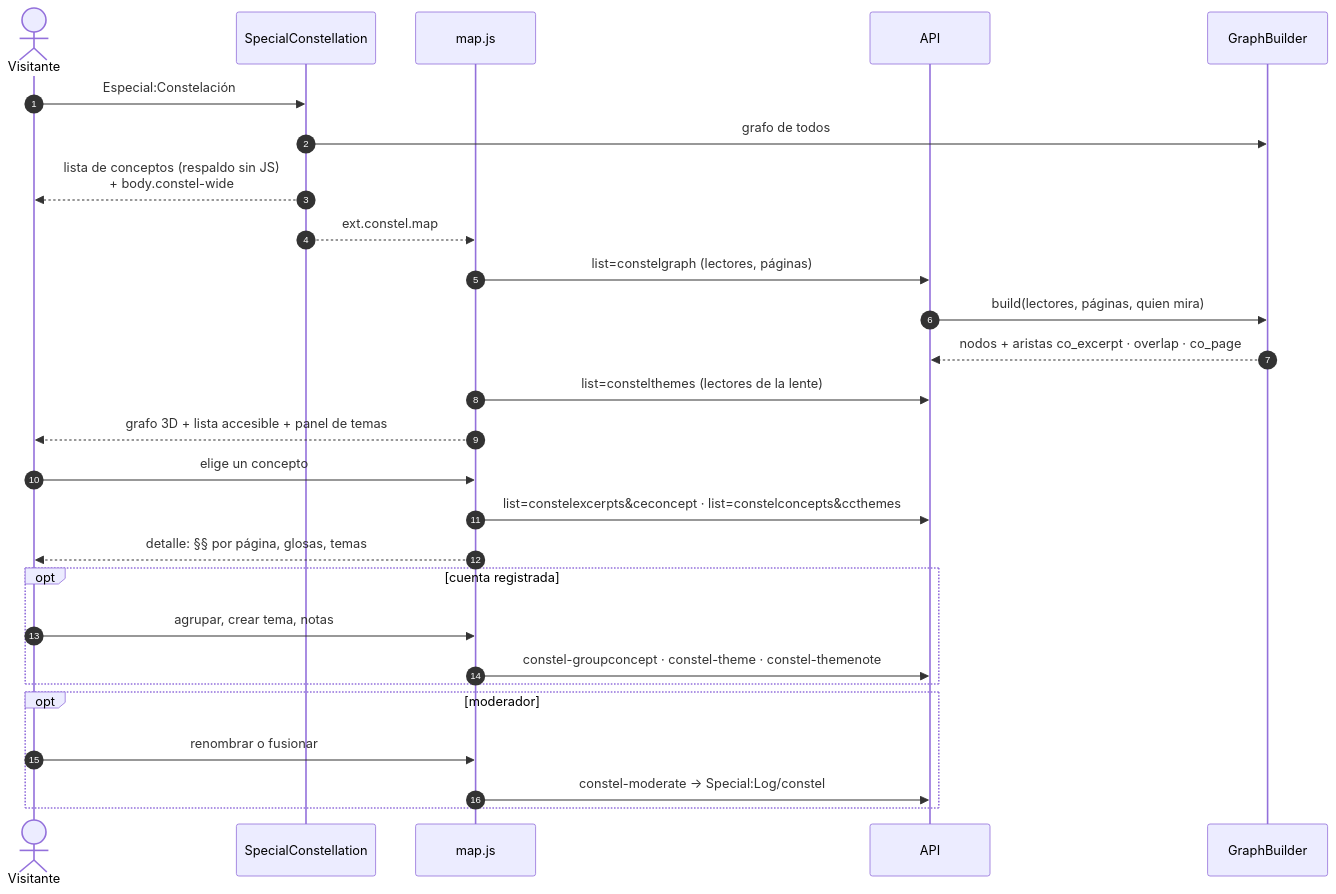
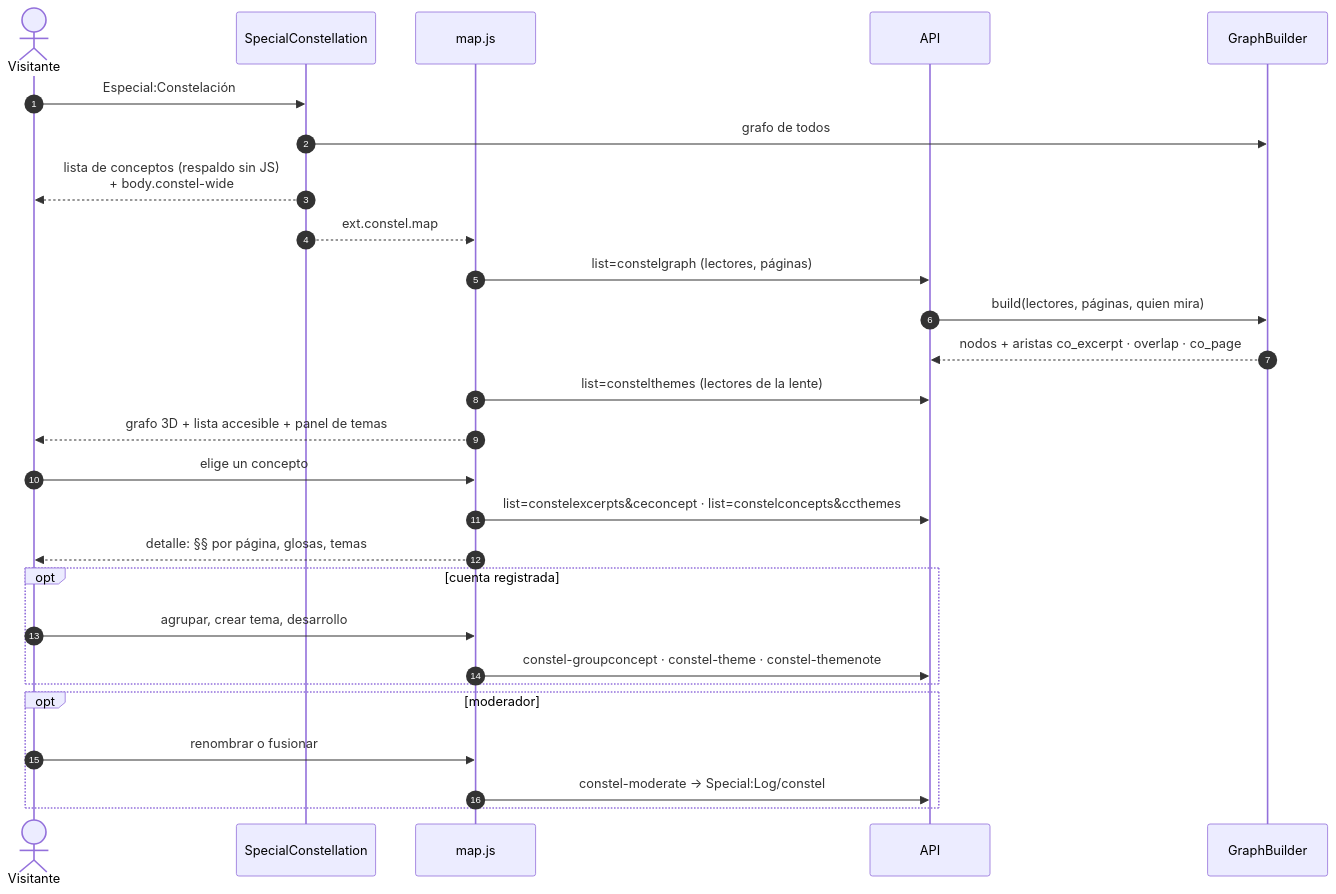
One commit to eadpucv/casiopea-constel changed the ninth of 9 diagrams in docs/ARCHITECTURE.md. Above: the diagram before and after it, drawn with Mermaid. The commit also changed other lines of this file and 39 other files, not shown here.

First line of the commit message:
v0.4.0 — secciones con nombre real, un desarrollo por tema, panel más sobrio

````diff
--- a/docs/ARCHITECTURE.md
+++ b/docs/ARCHITECTURE.md
@@ -458,30 +458,30 @@
 ```mermaid
 sequenceDiagram
     autonumber
     actor V as Visitante
     participant SP as SpecialConstellation
     participant M as map.js
     participant API as API
     participant G as GraphBuilder
 
     V->>SP: Especial:Constelación
     SP->>G: grafo de todos
     SP-->>V: lista de conceptos (respaldo sin JS)<br/>+ body.constel-wide
     SP-->>M: ext.constel.map
     M->>API: list=constelgraph (lectores, páginas)
     API->>G: build(lectores, páginas, quien mira)
     G-->>API: nodos + aristas co_excerpt · overlap · co_page
     M->>API: list=constelthemes (lectores de la lente)
     M-->>V: grafo 3D + lista accesible + panel de temas
     V->>M: elige un concepto
     M->>API: list=constelexcerpts&ceconcept · list=constelconcepts&ccthemes
     M-->>V: detalle: §§ por página, glosas, temas
     opt cuenta registrada
-        V->>M: agrupar, crear tema, notas
+        V->>M: agrupar, crear tema, desarrollo
         M->>API: constel-groupconcept · constel-theme · constel-themenote
     end
     opt moderador
         V->>M: renombrar o fusionar
         M->>API: constel-moderate → Special:Log/constel
     end
 ```
````
